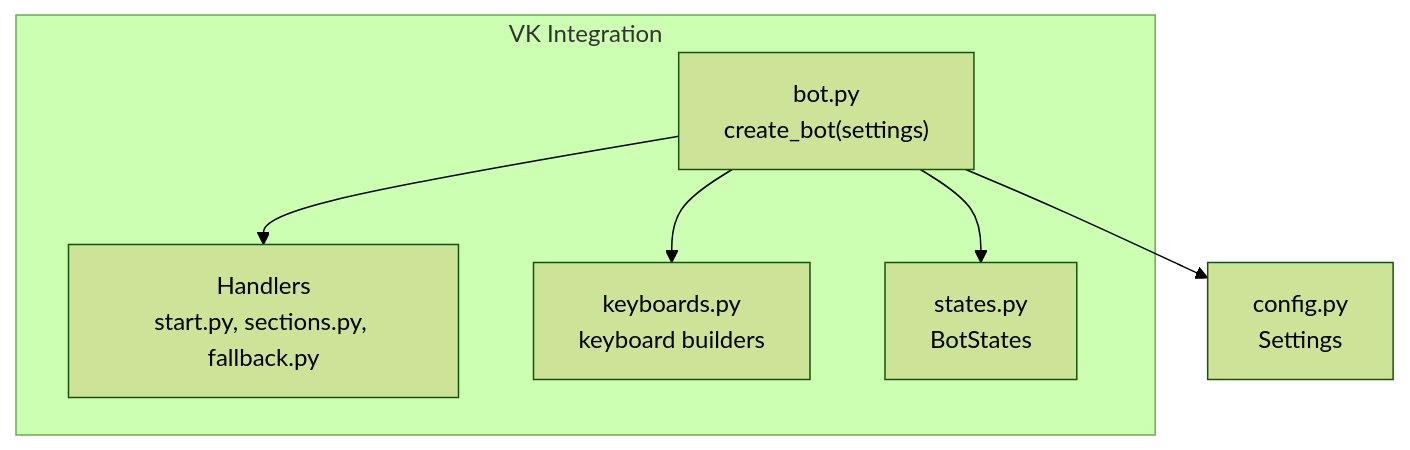
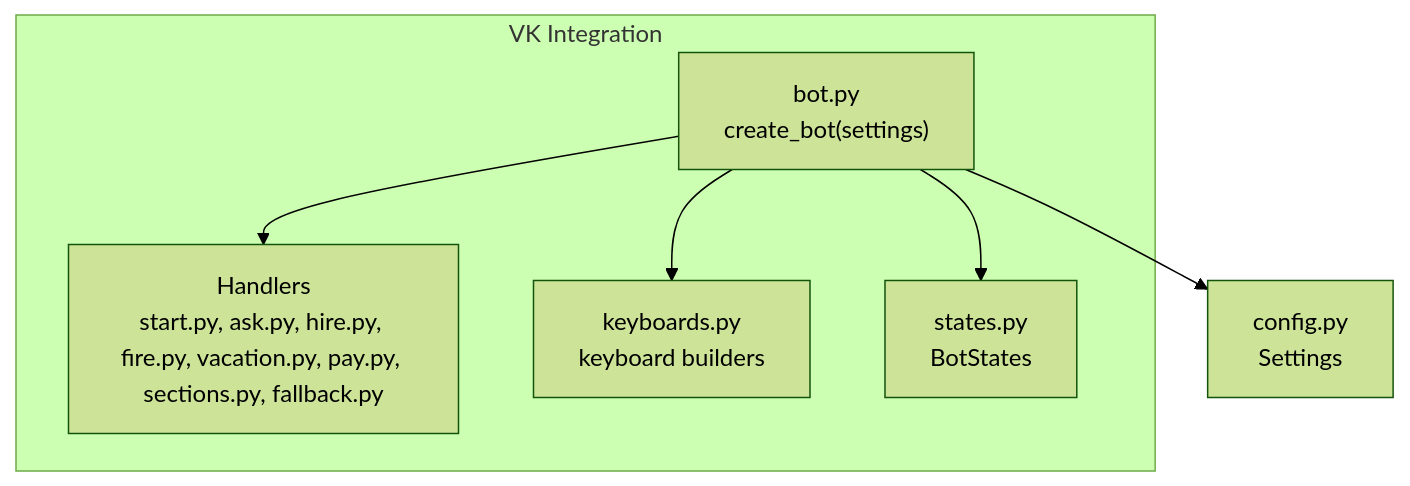
Before and after one commit to ognelis/cafetera_hr_bot: the first of 6 diagrams in .qoder/repowiki/en/content/VK Integration/Bot Factory.md, drawn with Mermaid (forest theme). The commit also changed other lines of this file and 16 other files, not shown here.

````diff
--- a/.qoder/repowiki/en/content/VK Integration/Bot Factory.md
+++ b/.qoder/repowiki/en/content/VK Integration/Bot Factory.md
@@ -35,14 +40,14 @@
 ```mermaid
 graph TB
 subgraph "VK Integration"
 BOT["bot.py<br/>create_bot(settings)"]
-HANDLERS["Handlers<br/>start.py, sections.py, fallback.py"]
+HANDLERS["Handlers<br/>start.py, ask.py, hire.py, fire.py, vacation.py, pay.py, sections.py, fallback.py"]
 KEYBOARDS["keyboards.py<br/>keyboard builders"]
 STATES["states.py<br/>BotStates"]
 end
 CONFIG["config.py<br/>Settings"]
 BOT --> HANDLERS
 BOT --> KEYBOARDS
 BOT --> STATES
 BOT --> CONFIG
 ```
````
